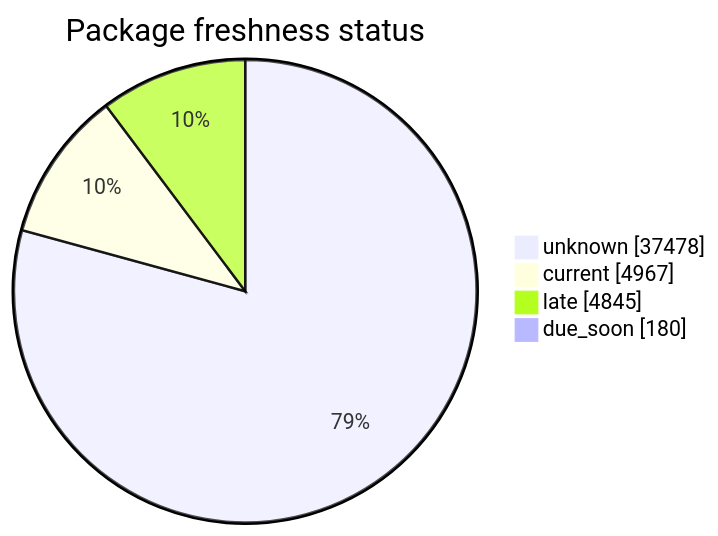
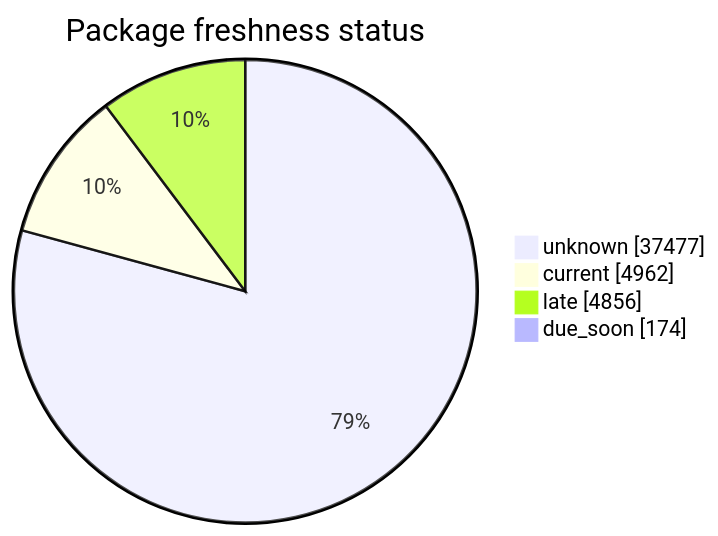
Before and after one commit to open-data/analytics-corporate-reporting: the second of 5 diagrams in FreshCheck/README.md, drawn with Mermaid. The commit also changed other lines of this file and 3 other files, not shown here.

````diff
--- a/FreshCheck/README.md
+++ b/FreshCheck/README.md
@@ -69,7 +69,7 @@
 ```mermaid
 pie showData title Package freshness status
-    "unknown": 37478
-    "current": 4967
-    "late": 4845
-    "due_soon": 180
+    "unknown": 37477
+    "current": 4962
+    "late": 4856
+    "due_soon": 174
 ```
````
